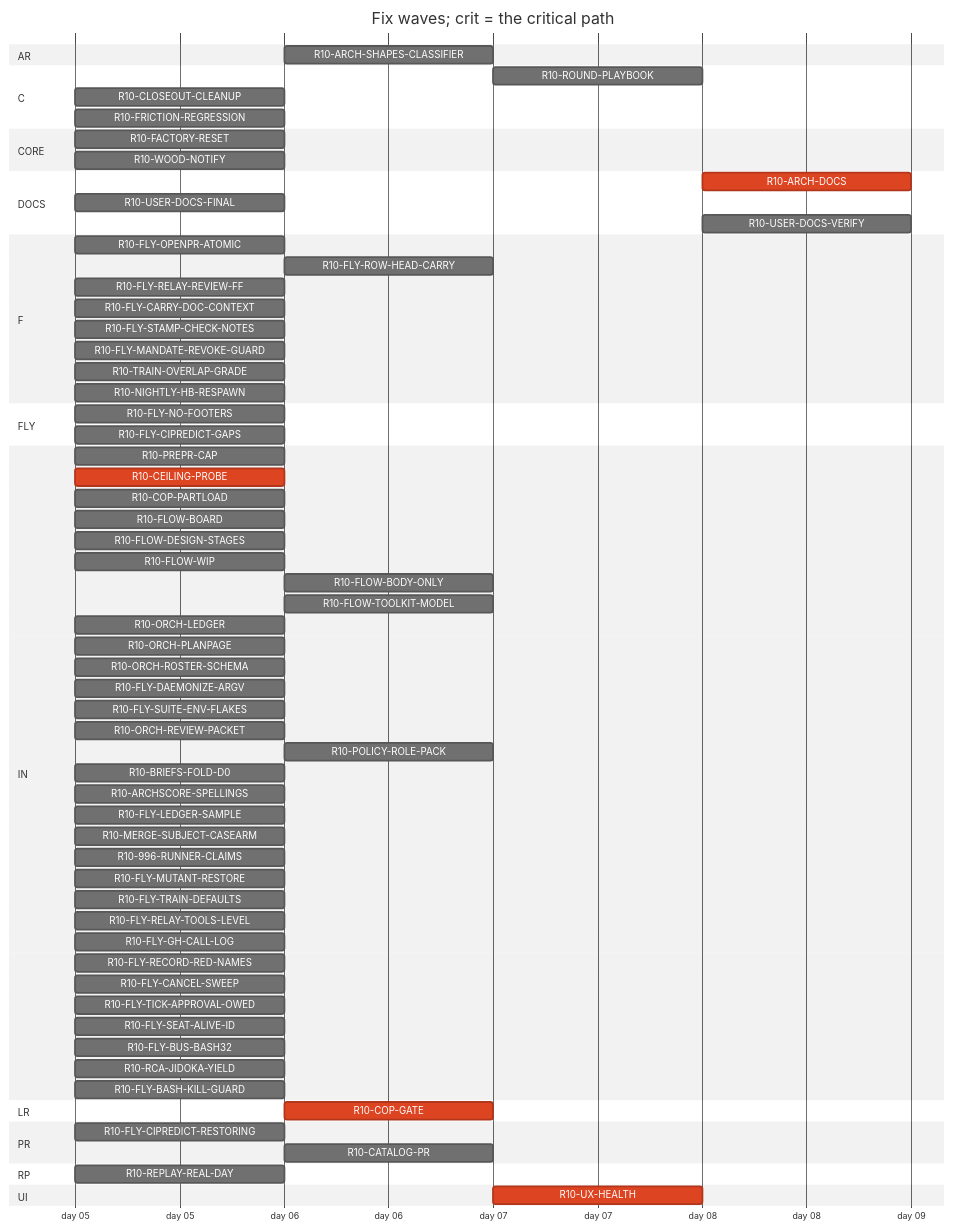
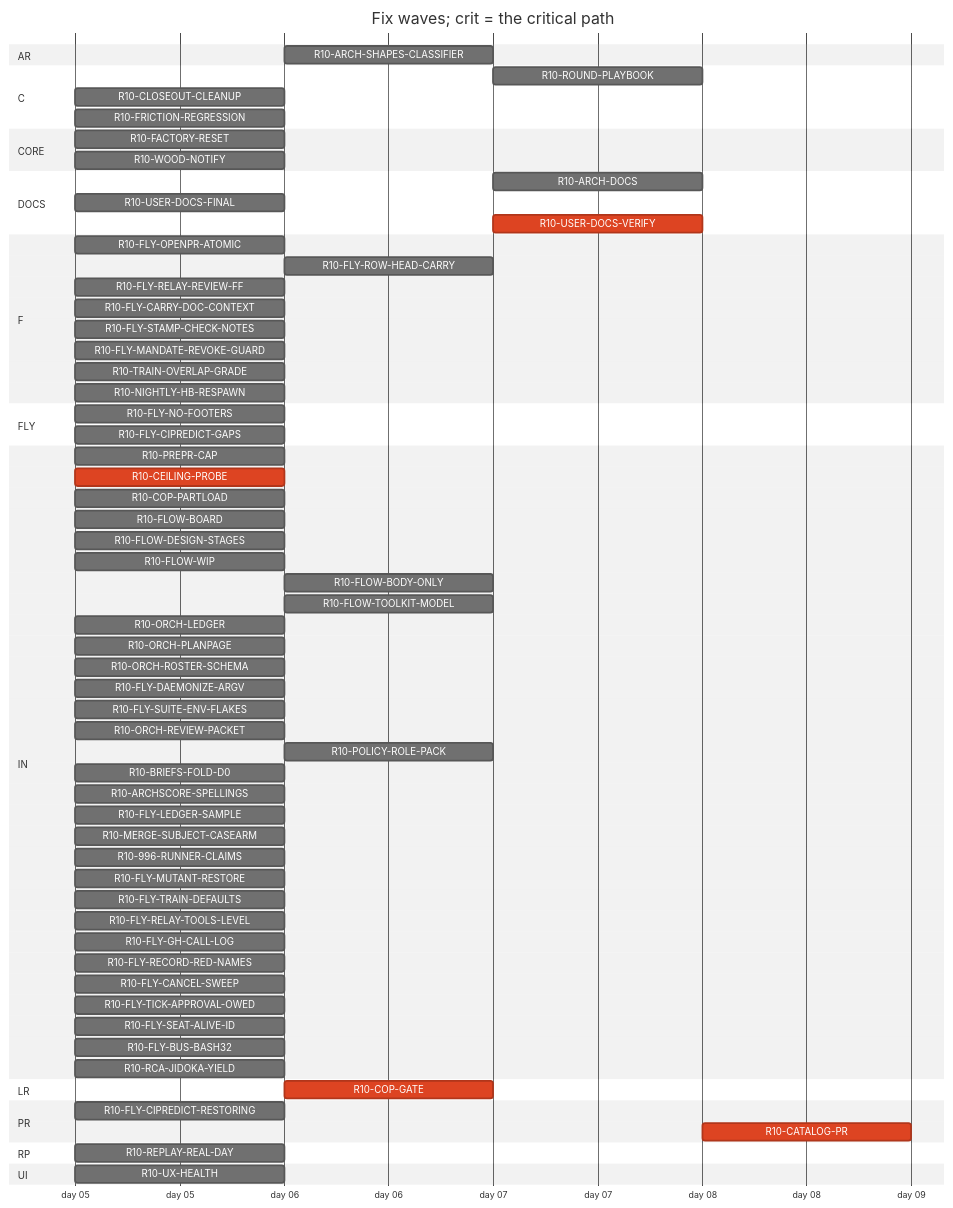
The diagram in handoff/round10/state/PLAN-TABLE.md (tvofi/heatpump_optimizer), drawn with Mermaid (neutral theme) before and after one commit. The commit also changed other lines of this file and 3 other files, not shown here.

Commit message:
state: FLOW-BOARD.md, NEXT-SESSION-PROMPT.md, PLAN-TABLE.md, RESUME-CURRENT.md regenerated (state_docs.py)

````diff
--- a/handoff/round10/state/PLAN-TABLE.md
+++ b/handoff/round10/state/PLAN-TABLE.md
@@ -24,72 +24,71 @@
 ```mermaid
 gantt
   title Fix waves; crit = the critical path
   dateFormat YYYY-MM-DD
   axisFormat day %d
   section AR
     R10-ARCH-SHAPES-CLASSIFIER :r10ARCHSHAPESCLASSIFIER, after r10996RUNNERCLAIMS, 1d
   section C
     R10-ROUND-PLAYBOOK :r10ROUNDPLAYBOOK, after r10ORCHLEDGER r10ORCHPLANPAGE r10FLYRELAYREVIEWFF r10FLOWBODYONLY, 1d
     R10-CLOSEOUT-CLEANUP :r10CLOSEOUTCLEANUP, 2026-01-05, 1d
     R10-FRICTION-REGRESSION :r10FRICTIONREGRESSION, 2026-01-05, 1d
   section CORE
     R10-FACTORY-RESET :r10FACTORYRESET, 2026-01-05, 1d
     R10-WOOD-NOTIFY :r10WOODNOTIFY, 2026-01-05, 1d
   section DOCS
-    R10-ARCH-DOCS :crit, r10ARCHDOCS, after r10COPGATE r10UXHEALTH r10CEILINGPROBE r10COPPARTLOAD r10FLOWBOARD r10FLOWDESIGNSTAGES r10FLOWWIP r10FLOWBODYONLY r10FLYOPENPRATOMIC r10FLYROWHEADCARRY r10FLYRELAYREVIEWFF r10FLYCARRYDOCCONTEXT r10FLOWTOOLKITMODEL r10FLYSTAMPCHECKNOTES r10FLYMANDATEREVOKEGUARD r10TRAINOVERLAPGRADE r10NIGHTLYHBRESPAWN r10ORCHLEDGER r10ORCHPLANPAGE r10ORCHROSTERSCHEMA r10FLYDAEMONIZEARGV r10ORCHREVIEWPACKET r10POLICYROLEPACK r10BRIEFSFOLDD0 r10REPLAYREALDAY r10ARCHSCORESPELLINGS r10FLYLEDGERSAMPLE, 1d
+    R10-ARCH-DOCS :r10ARCHDOCS, after r10COPGATE r10UXHEALTH r10CEILINGPROBE r10COPPARTLOAD r10FLOWBOARD r10FLOWDESIGNSTAGES r10FLOWWIP r10FLOWBODYONLY r10FLYOPENPRATOMIC r10FLYROWHEADCARRY r10FLYRELAYREVIEWFF r10FLYCARRYDOCCONTEXT r10FLOWTOOLKITMODEL r10FLYSTAMPCHECKNOTES r10FLYMANDATEREVOKEGUARD r10TRAINOVERLAPGRADE r10NIGHTLYHBRESPAWN r10ORCHLEDGER r10ORCHPLANPAGE r10ORCHROSTERSCHEMA r10FLYDAEMONIZEARGV r10ORCHREVIEWPACKET r10POLICYROLEPACK r10BRIEFSFOLDD0 r10REPLAYREALDAY r10ARCHSCORESPELLINGS r10FLYLEDGERSAMPLE, 1d
     R10-USER-DOCS-FINAL :r10USERDOCSFINAL, 2026-01-05, 1d
-    R10-USER-DOCS-VERIFY :r10USERDOCSVERIFY, after r10COPGATE r10UXHEALTH r10CEILINGPROBE r10COPPARTLOAD r10FLOWBOARD r10FLOWDESIGNSTAGES r10FLOWWIP r10FLOWBODYONLY r10FLYOPENPRATOMIC r10FLYROWHEADCARRY r10FLYRELAYREVIEWFF r10FLYCARRYDOCCONTEXT r10FLOWTOOLKITMODEL r10FLYSTAMPCHECKNOTES r10FLYMANDATEREVOKEGUARD r10TRAINOVERLAPGRADE r10NIGHTLYHBRESPAWN r10ORCHLEDGER r10ORCHPLANPAGE r10ORCHROSTERSCHEMA r10FLYDAEMONIZEARGV r10ORCHREVIEWPACKET r10POLICYROLEPACK r10BRIEFSFOLDD0 r10REPLAYREALDAY r10ARCHSCORESPELLINGS r10FLYLEDGERSAMPLE r10FACTORYRESET r10WOODNOTIFY r10USERDOCSFINAL, 1d
+    R10-USER-DOCS-VERIFY :crit, r10USERDOCSVERIFY, after r10COPGATE r10UXHEALTH r10CEILINGPROBE r10COPPARTLOAD r10FLOWBOARD r10FLOWDESIGNSTAGES r10FLOWWIP r10FLOWBODYONLY r10FLYOPENPRATOMIC r10FLYROWHEADCARRY r10FLYRELAYREVIEWFF r10FLYCARRYDOCCONTEXT r10FLOWTOOLKITMODEL r10FLYSTAMPCHECKNOTES r10FLYMANDATEREVOKEGUARD r10TRAINOVERLAPGRADE r10NIGHTLYHBRESPAWN r10ORCHLEDGER r10ORCHPLANPAGE r10ORCHROSTERSCHEMA r10FLYDAEMONIZEARGV r10ORCHREVIEWPACKET r10POLICYROLEPACK r10BRIEFSFOLDD0 r10REPLAYREALDAY r10ARCHSCORESPELLINGS r10FLYLEDGERSAMPLE r10FACTORYRESET r10WOODNOTIFY r10USERDOCSFINAL, 1d
   section F
     R10-FLY-OPENPR-ATOMIC :r10FLYOPENPRATOMIC, 2026-01-05, 1d
     R10-FLY-ROW-HEAD-CARRY :r10FLYROWHEADCARRY, after r10FLYOPENPRATOMIC, 1d
     R10-FLY-RELAY-REVIEW-FF :r10FLYRELAYREVIEWFF, 2026-01-05, 1d
     R10-FLY-CARRY-DOC-CONTEXT :r10FLYCARRYDOCCONTEXT, 2026-01-05, 1d
     R10-FLY-STAMP-CHECK-NOTES :r10FLYSTAMPCHECKNOTES, 2026-01-05, 1d
     R10-FLY-MANDATE-REVOKE-GUARD :r10FLYMANDATEREVOKEGUARD, 2026-01-05, 1d
     R10-TRAIN-OVERLAP-GRADE :r10TRAINOVERLAPGRADE, 2026-01-05, 1d
     R10-NIGHTLY-HB-RESPAWN :r10NIGHTLYHBRESPAWN, 2026-01-05, 1d
   section FLY
     R10-FLY-NO-FOOTERS :r10FLYNOFOOTERS, 2026-01-05, 1d
     R10-FLY-CIPREDICT-GAPS :r10FLYCIPREDICTGAPS, 2026-01-05, 1d
   section IN
     R10-PREPR-CAP :r10PREPRCAP, 2026-01-05, 1d
     R10-CEILING-PROBE :crit, r10CEILINGPROBE, 2026-01-05, 1d
     R10-COP-PARTLOAD :r10COPPARTLOAD, 2026-01-05, 1d
     R10-FLOW-BOARD :r10FLOWBOARD, 2026-01-05, 1d
     R10-FLOW-DESIGN-STAGES :r10FLOWDESIGNSTAGES, 2026-01-05, 1d
     R10-FLOW-WIP :r10FLOWWIP, 2026-01-05, 1d
     R10-FLOW-BODY-ONLY :r10FLOWBODYONLY, after r10FLYOPENPRATOMIC, 1d
     R10-FLOW-TOOLKIT-MODEL :r10FLOWTOOLKITMODEL, after r10ORCHPLANPAGE, 1d
     R10-ORCH-LEDGER :r10ORCHLEDGER, 2026-01-05, 1d
     R10-ORCH-PLANPAGE :r10ORCHPLANPAGE, 2026-01-05, 1d
     R10-ORCH-ROSTER-SCHEMA :r10ORCHROSTERSCHEMA, 2026-01-05, 1d
     R10-FLY-DAEMONIZE-ARGV :r10FLYDAEMONIZEARGV, 2026-01-05, 1d
     R10-FLY-SUITE-ENV-FLAKES :r10FLYSUITEENVFLAKES, 2026-01-05, 1d
     R10-ORCH-REVIEW-PACKET :r10ORCHREVIEWPACKET, 2026-01-05, 1d
     R10-POLICY-ROLE-PACK :r10POLICYROLEPACK, after r10FLOWDESIGNSTAGES, 1d
     R10-BRIEFS-FOLD-D0 :r10BRIEFSFOLDD0, 2026-01-05, 1d
     R10-ARCHSCORE-SPELLINGS :r10ARCHSCORESPELLINGS, 2026-01-05, 1d
     R10-FLY-LEDGER-SAMPLE :r10FLYLEDGERSAMPLE, 2026-01-05, 1d
     R10-MERGE-SUBJECT-CASEARM :r10MERGESUBJECTCASEARM, 2026-01-05, 1d
     R10-996-RUNNER-CLAIMS :r10996RUNNERCLAIMS, 2026-01-05, 1d
     R10-FLY-MUTANT-RESTORE :r10FLYMUTANTRESTORE, 2026-01-05, 1d
     R10-FLY-TRAIN-DEFAULTS :r10FLYTRAINDEFAULTS, 2026-01-05, 1d
     R10-FLY-RELAY-TOOLS-LEVEL :r10FLYRELAYTOOLSLEVEL, 2026-01-05, 1d
     R10-FLY-GH-CALL-LOG :r10FLYGHCALLLOG, 2026-01-05, 1d
     R10-FLY-RECORD-RED-NAMES :r10FLYRECORDREDNAMES, 2026-01-05, 1d
     R10-FLY-CANCEL-SWEEP :r10FLYCANCELSWEEP, 2026-01-05, 1d
     R10-FLY-TICK-APPROVAL-OWED :r10FLYTICKAPPROVALOWED, 2026-01-05, 1d
     R10-FLY-SEAT-ALIVE-ID :r10FLYSEATALIVEID, 2026-01-05, 1d
     R10-FLY-BUS-BASH32 :r10FLYBUSBASH32, 2026-01-05, 1d
     R10-RCA-JIDOKA-YIELD :r10RCAJIDOKAYIELD, 2026-01-05, 1d
-    R10-FLY-BASH-KILL-GUARD :r10FLYBASHKILLGUARD, 2026-01-05, 1d
   section LR
     R10-COP-GATE :crit, r10COPGATE, after r10CEILINGPROBE, 1d
   section PR
     R10-FLY-CIPREDICT-RESTORING :r10FLYCIPREDICTRESTORING, 2026-01-05, 1d
-    R10-CATALOG-PR :r10CATALOGPR, after r10USERDOCSFINAL, 1d
+    R10-CATALOG-PR :crit, r10CATALOGPR, after r10USERDOCSVERIFY, 1d
   section RP
     R10-REPLAY-REAL-DAY :r10REPLAYREALDAY, 2026-01-05, 1d
   section UI
-    R10-UX-HEALTH :crit, r10UXHEALTH, after r10COPGATE, 1d
+    R10-UX-HEALTH :r10UXHEALTH, 2026-01-05, 1d
 ```
````
